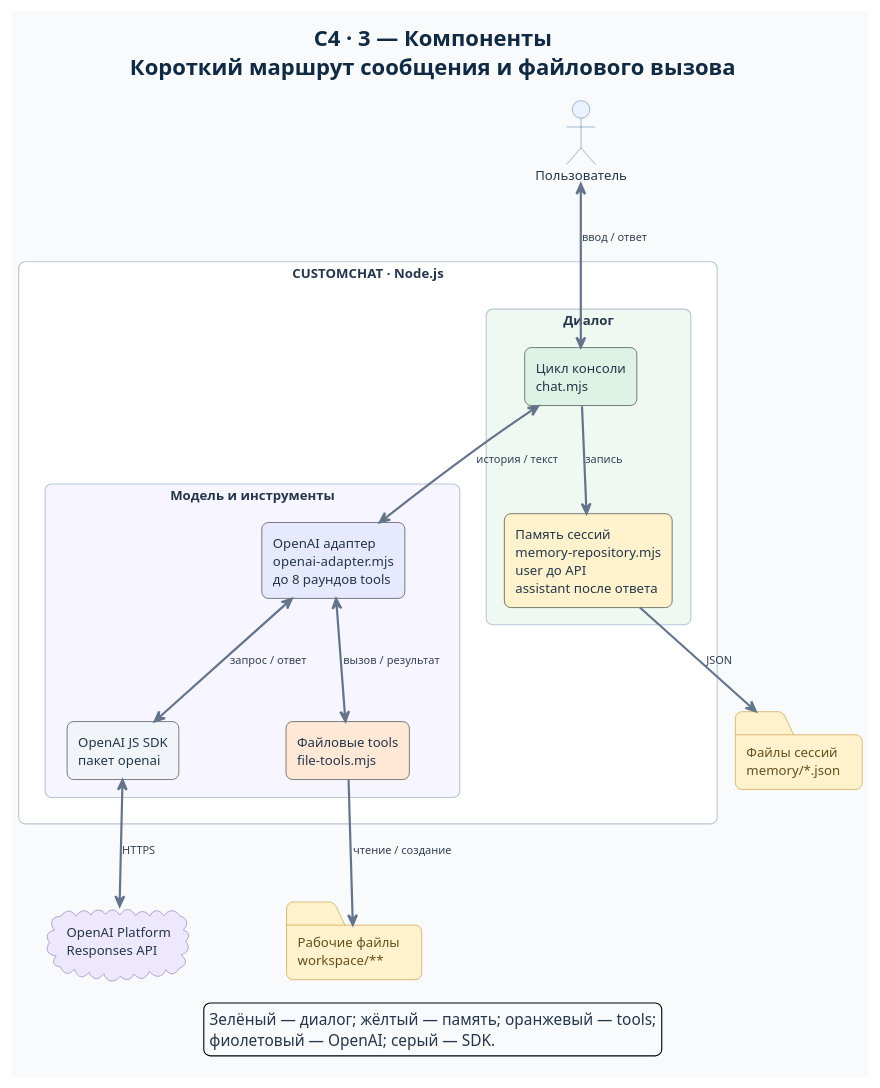
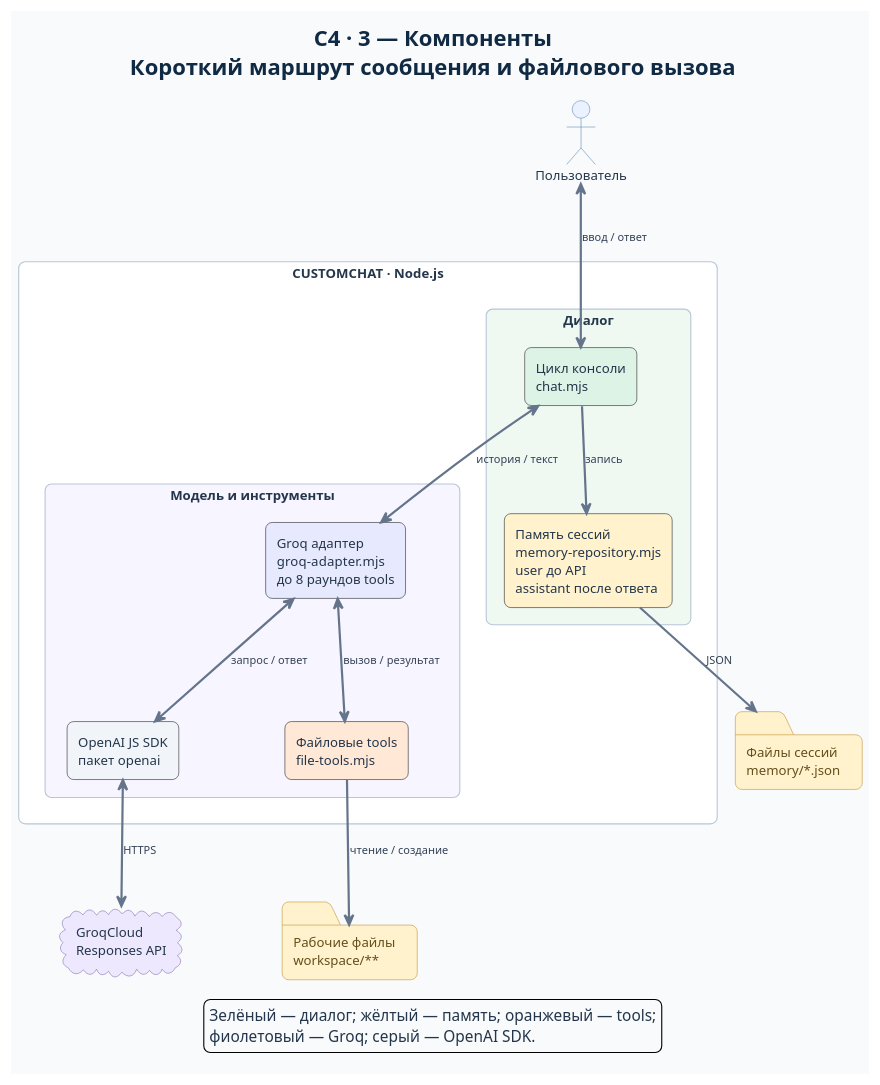
The diagram in 03-codex-killer/docs/diagrams/c4-components.puml (Dima163163/tg-bot), drawn with PlantUML before and after one commit. The commit also changed 9 other files, not shown here.

```diff
--- a/03-codex-killer/docs/diagrams/c4-components.puml
+++ b/03-codex-killer/docs/diagrams/c4-components.puml
@@ -1,65 +1,65 @@
 @startuml
 title C4 · 3 — Компоненты\nКороткий маршрут сообщения и файлового вызова
 top to bottom direction
 skinparam componentStyle rectangle
 skinparam backgroundColor #F8FAFC
 skinparam shadowing false
 skinparam defaultFontName Arial
 skinparam defaultFontSize 12
 skinparam defaultFontColor #24364B
 skinparam titleFontSize 20
 skinparam titleFontStyle bold
 skinparam titleFontColor #102A43
 skinparam ArrowColor #64748B
 skinparam ArrowThickness 2
 skinparam ArrowFontColor #334155
 skinparam ArrowFontSize 10
 skinparam packageStyle rectangle
 skinparam roundcorner 12
 skinparam nodesep 90
 skinparam ranksep 80
 skinparam package {
   BorderColor #B8C6D6
   BackgroundColor #FFFFFF
   FontColor #24364B
 }
 skinparam folder {
   BorderColor #C08A27
   BackgroundColor #FFF2CC
   FontColor #654F1D
 }
 skinparam actorBackgroundColor #EAF2FF
 skinparam actorBorderColor #5B82B1
 skinparam cloudBackgroundColor #EEE8FF
 skinparam cloudBorderColor #7B68AE
 
 actor "Пользователь" as user #EAF2FF
 package "CUSTOMCHAT · Node.js" #FFFFFF {
   package "Диалог" #F0F8F2 {
     component "Цикл консоли\nchat.mjs" as cli #DDF3E5
     component "Память сессий\nmemory-repository.mjs\nuser до API\nassistant после ответа" as memoryRepo #FFF2CC
   }
   package "Модель и инструменты" #F7F5FF {
-    component "OpenAI адаптер\nopenai-adapter.mjs\nдо 8 раундов tools" as adapter #E7E9FF
+    component "Groq адаптер\ngroq-adapter.mjs\nдо 8 раундов tools" as adapter #E7E9FF
     component "OpenAI JS SDK\nпакет openai" as sdk #F1F5F9
     component "Файловые tools\nfile-tools.mjs" as fileTools #FFE9D6
   }
 }
 folder "Файлы сессий\nmemory/*.json" as memoryFiles #FFF2CC
 folder "Рабочие файлы\nworkspace/**" as workspaceFiles #FFF2CC
-cloud "OpenAI Platform\nResponses API" as api #EEE8FF
+cloud "GroqCloud\nResponses API" as api #EEE8FF
 
 user <--> cli : ввод / ответ
 cli --> memoryRepo : запись
 memoryRepo --> memoryFiles : JSON
 cli <--> adapter : история / текст
 adapter <--> sdk : запрос / ответ
 sdk <--> api : HTTPS
 adapter <--> fileTools : вызов / результат
 fileTools --> workspaceFiles : чтение / создание
 
 legend bottom
   Зелёный — диалог; жёлтый — память; оранжевый — tools;
-  фиолетовый — OpenAI; серый — SDK.
+  фиолетовый — Groq; серый — OpenAI SDK.
 endlegend
 @enduml
```
